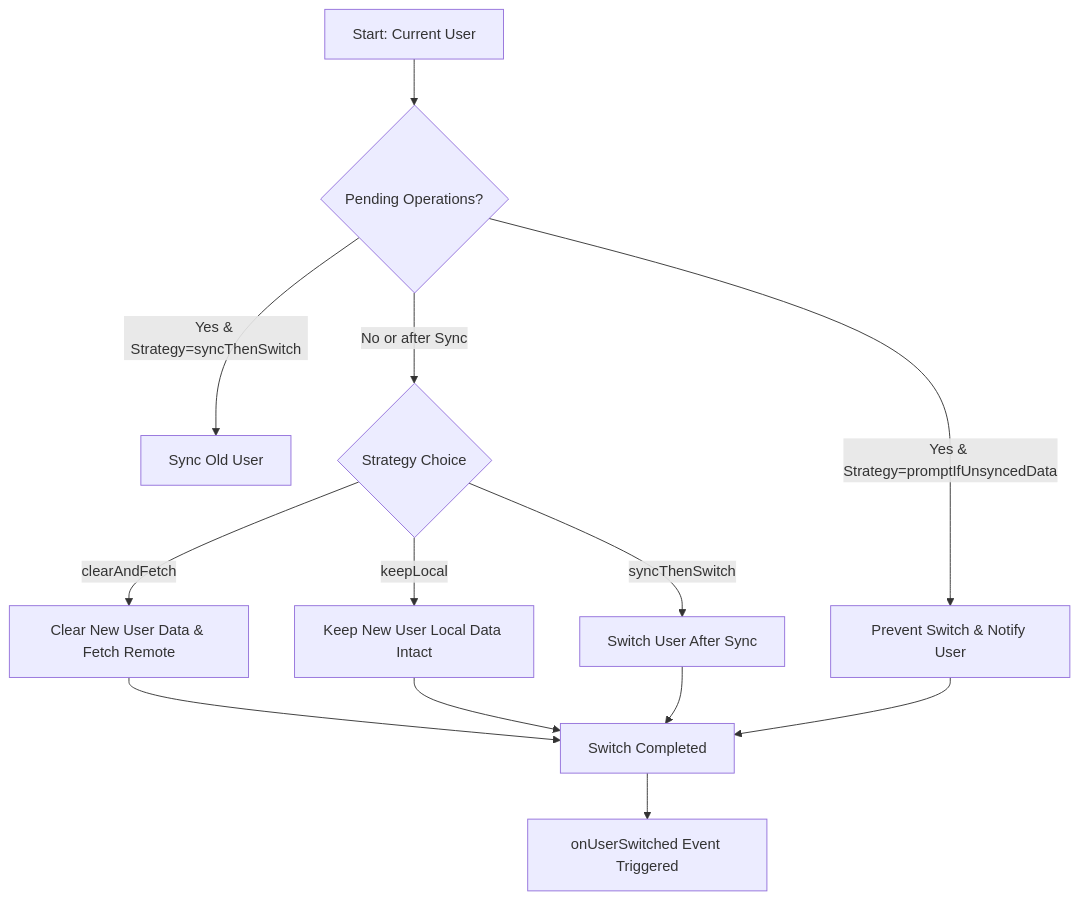
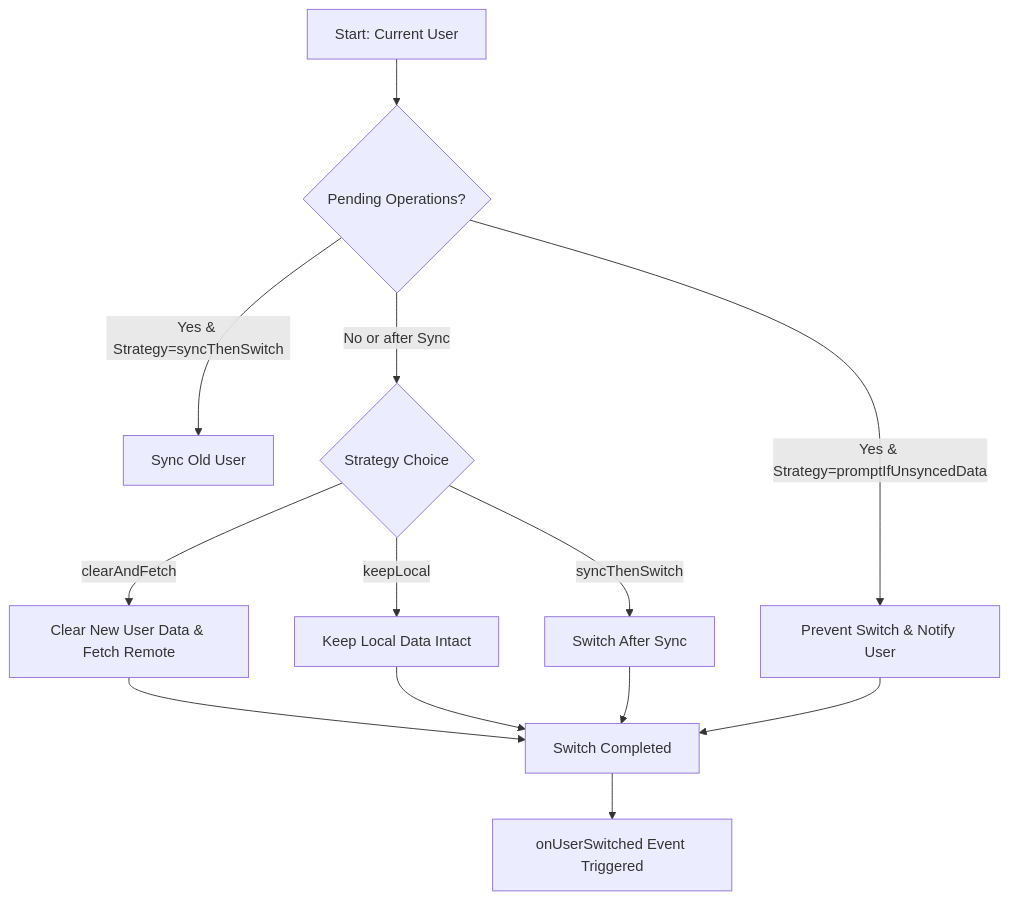
The diagram in README.md (Shreemanarjun/datum), drawn with Mermaid before and after one commit. The commit also changed other lines of this file and 8 other files, not shown here.

````diff
--- a/README.md
+++ b/README.md
@@ -675,15 +295,15 @@
 ```mermaid
 flowchart TD
     A[Start: Current User] --> B{Pending Operations?}
     B -- Yes & Strategy=promptIfUnsyncedData --> C[Prevent Switch & Notify User]
     B -- Yes & Strategy=syncThenSwitch --> D[Sync Old User]
     B -- No or after Sync --> E{Strategy Choice}
     E -- clearAndFetch --> F[Clear New User Data & Fetch Remote]
-    E -- keepLocal --> G[Keep New User Local Data Intact]
-    E -- syncThenSwitch --> H[Switch User After Sync]
+    E -- keepLocal --> G[Keep Local Data Intact]
+    E -- syncThenSwitch --> H[Switch After Sync]
     F --> I[Switch Completed]
     G --> I
     H --> I
     C --> I
     I --> J[onUserSwitched Event Triggered]
 ```
````
